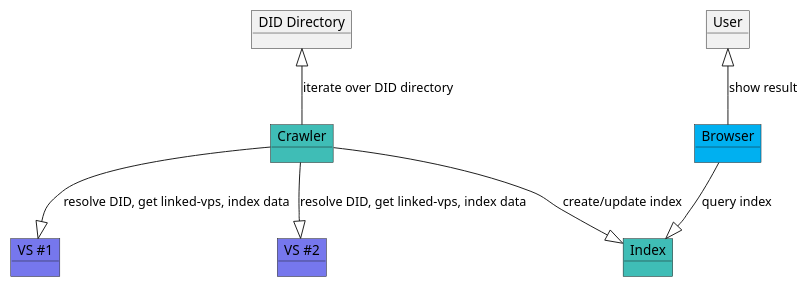
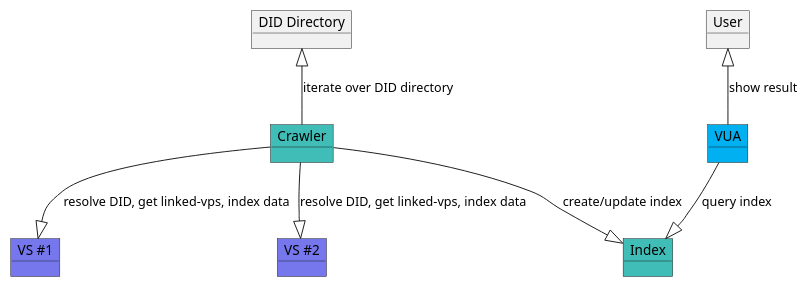
The third of 13 diagrams in spec.md (verana-labs/verifiable-trust-vpr-spec), drawn with PlantUML before and after one commit. The commit also changed other lines of this file and 2 other files, not shown here.

````diff
--- a/spec.md
+++ b/spec.md
@@ -386,20 +390,20 @@
 ```plantuml
 
 @startuml
 scale max 800 width
 object "DID Directory" as didd
 object "Crawler" as crawler #3fbdb6
 object "Index" as index #3fbdb6
 object "VS #1" as dts1 #7677ed
 object "VS #2" as dts2 #7677ed
-object "Browser" as browser #00b0f0
+object "VUA" as browser #00b0f0
 object "User" as user
 didd <|-- crawler : iterate over DID directory
 crawler --|> dts1 : resolve DID, get linked-vps, index data
 crawler --|> dts2 : resolve DID, get linked-vps, index data
 browser --|> index: query index
 crawler --|> index: create/update index 
 user <|-- browser : show result
 @enduml
 
 ```
````
